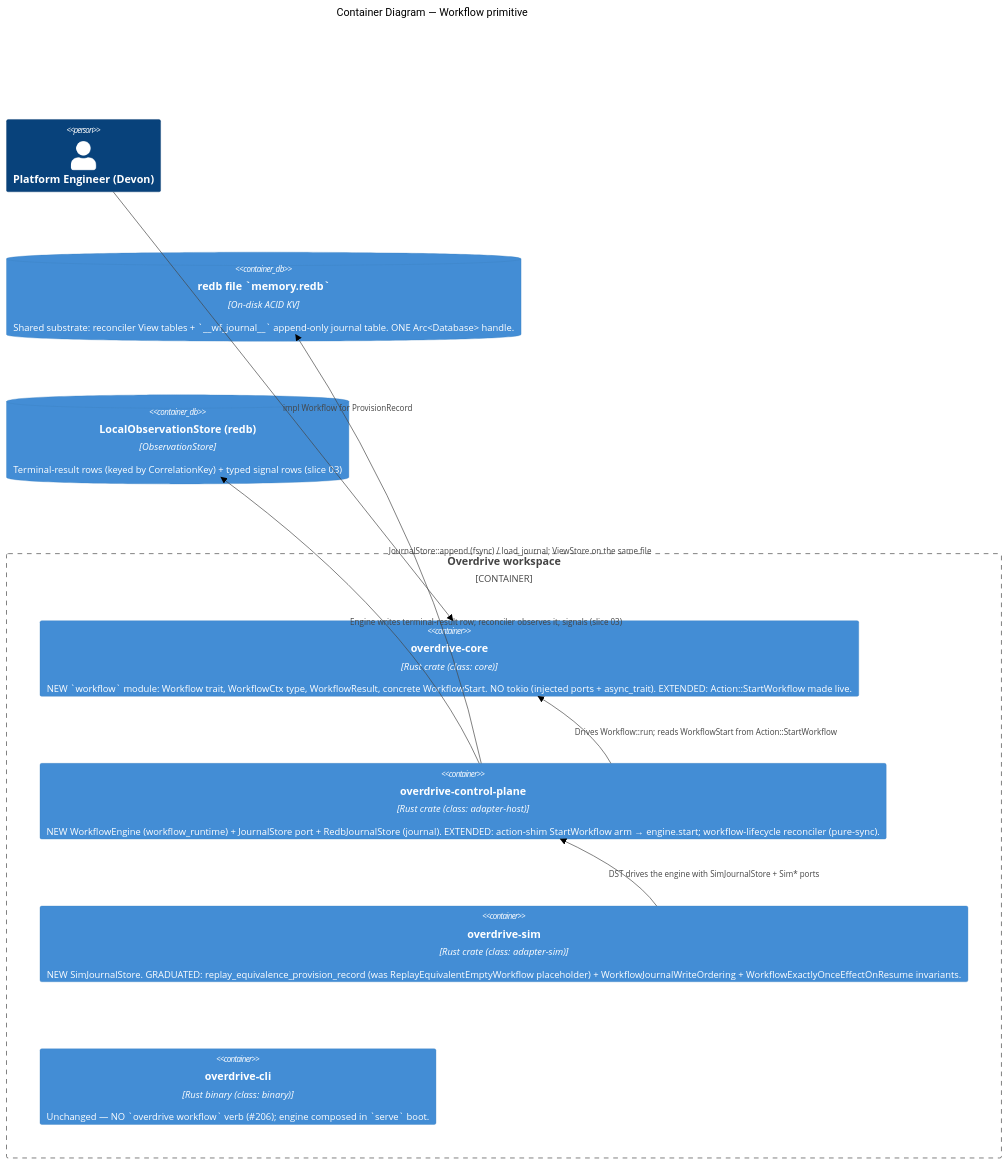
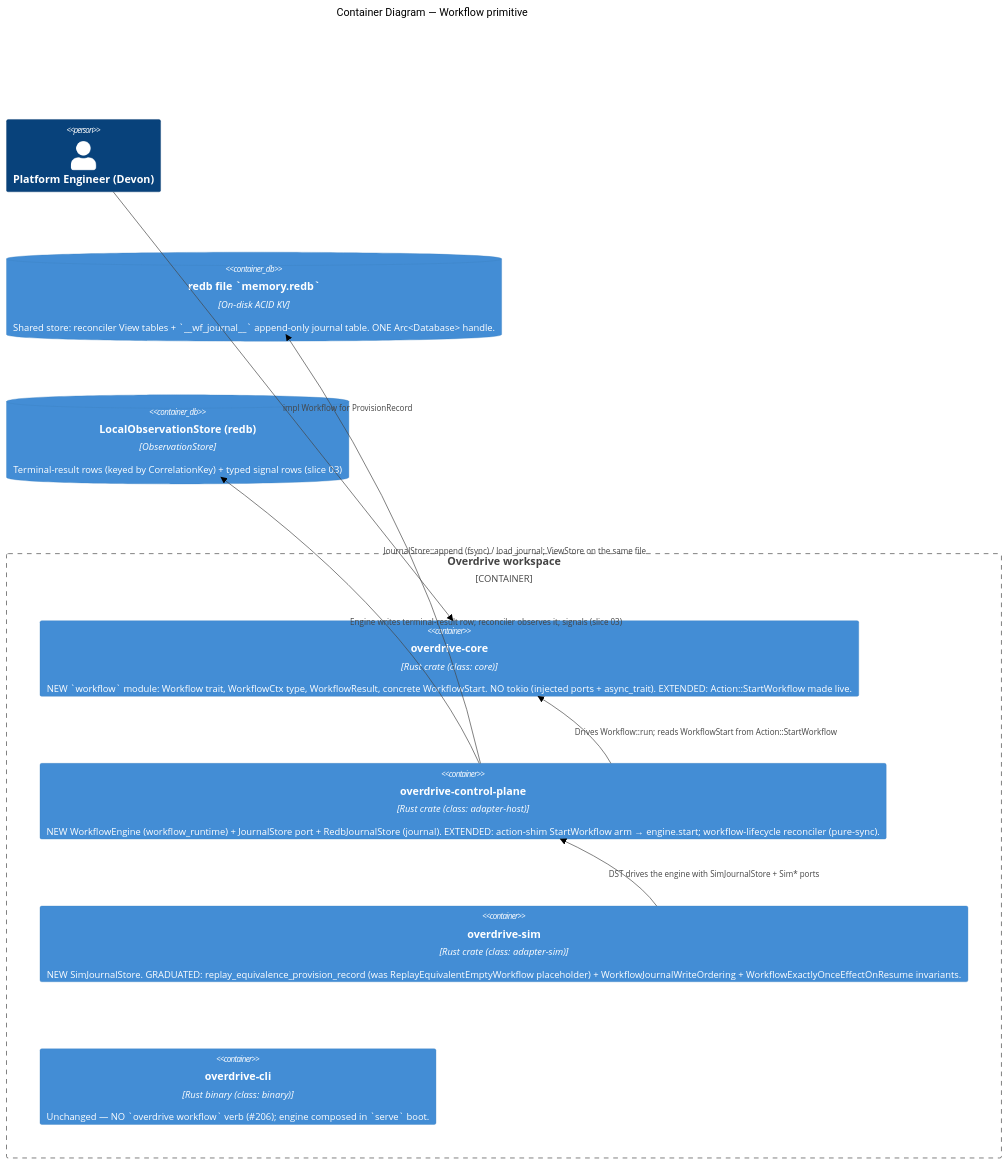
One commit to overdrive-sh/overdrive changed diagram 15 of 37 in docs/product/architecture/c4-diagrams.md. Above: the diagram before and after it, drawn with Mermaid (neutral theme). The commit also changed other lines of this file and 658 other files, not shown here.

````diff
--- a/docs/product/architecture/c4-diagrams.md
+++ b/docs/product/architecture/c4-diagrams.md
@@ -780,22 +780,22 @@
 ```mermaid
 C4Container
   title Container Diagram — Workflow primitive
 
   Person(devon, "Platform Engineer (Devon)")
 
   Container_Boundary(workspace, "Overdrive workspace") {
     Container(core, "overdrive-core", "Rust crate (class: core)", "NEW `workflow` module: Workflow trait, WorkflowCtx type, WorkflowResult, concrete WorkflowStart. NO tokio (injected ports + async_trait). EXTENDED: Action::StartWorkflow made live.")
     Container(ctrl, "overdrive-control-plane", "Rust crate (class: adapter-host)", "NEW WorkflowEngine (workflow_runtime) + JournalStore port + RedbJournalStore (journal). EXTENDED: action-shim StartWorkflow arm → engine.start; workflow-lifecycle reconciler (pure-sync).")
     Container(sim, "overdrive-sim", "Rust crate (class: adapter-sim)", "NEW SimJournalStore. GRADUATED: replay_equivalence_provision_record (was ReplayEquivalentEmptyWorkflow placeholder) + WorkflowJournalWriteOrdering + WorkflowExactlyOnceEffectOnResume invariants.")
     Container(cli, "overdrive-cli", "Rust binary (class: binary)", "Unchanged — NO `overdrive workflow` verb (#206); engine composed in `serve` boot.")
   }
 
-  ContainerDb(redb_file, "redb file `memory.redb`", "On-disk ACID KV", "Shared substrate: reconciler View tables + `__wf_journal__` append-only journal table. ONE Arc<Database> handle.")
+  ContainerDb(redb_file, "redb file `memory.redb`", "On-disk ACID KV", "Shared store: reconciler View tables + `__wf_journal__` append-only journal table. ONE Arc<Database> handle.")
   ContainerDb(obs, "LocalObservationStore (redb)", "ObservationStore", "Terminal-result rows (keyed by CorrelationKey) + typed signal rows (slice 03)")
 
   Rel(devon, core, "impl Workflow for ProvisionRecord")
   Rel(ctrl, core, "Drives Workflow::run; reads WorkflowStart from Action::StartWorkflow")
   Rel(ctrl, redb_file, "JournalStore::append (fsync) / load_journal; ViewStore on the same file")
   Rel(ctrl, obs, "Engine writes terminal-result row; reconciler observes it; signals (slice 03)")
   Rel(sim, ctrl, "DST drives the engine with SimJournalStore + Sim* ports")
 ```
````
